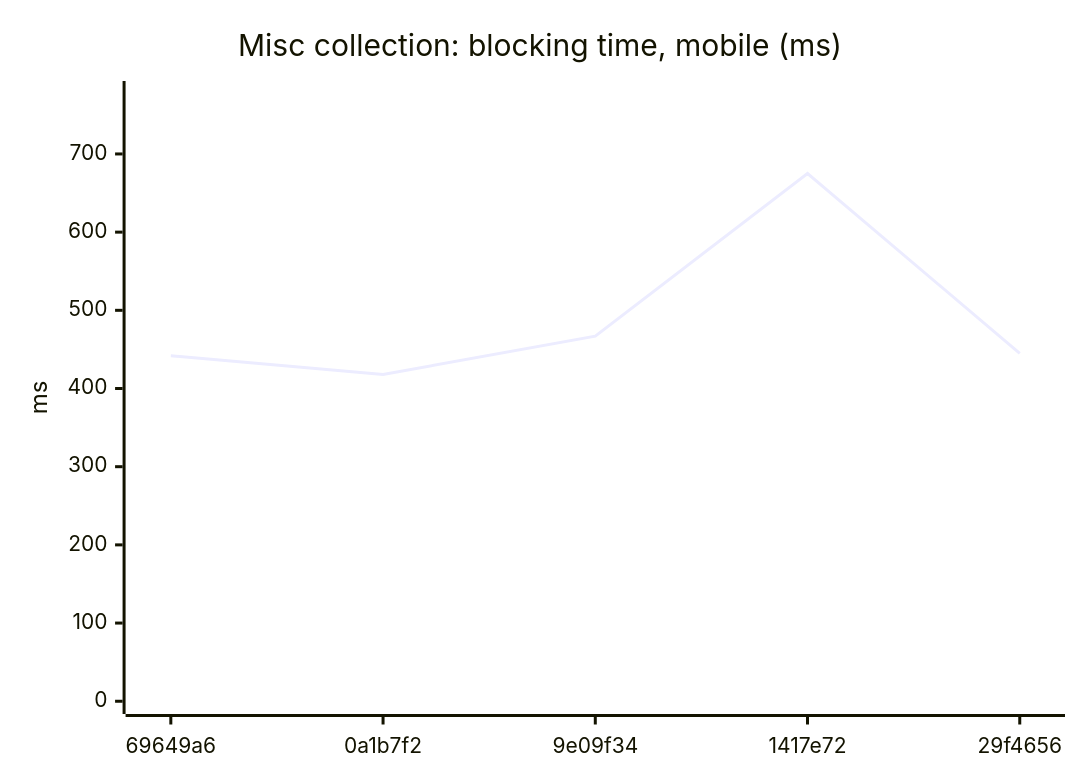
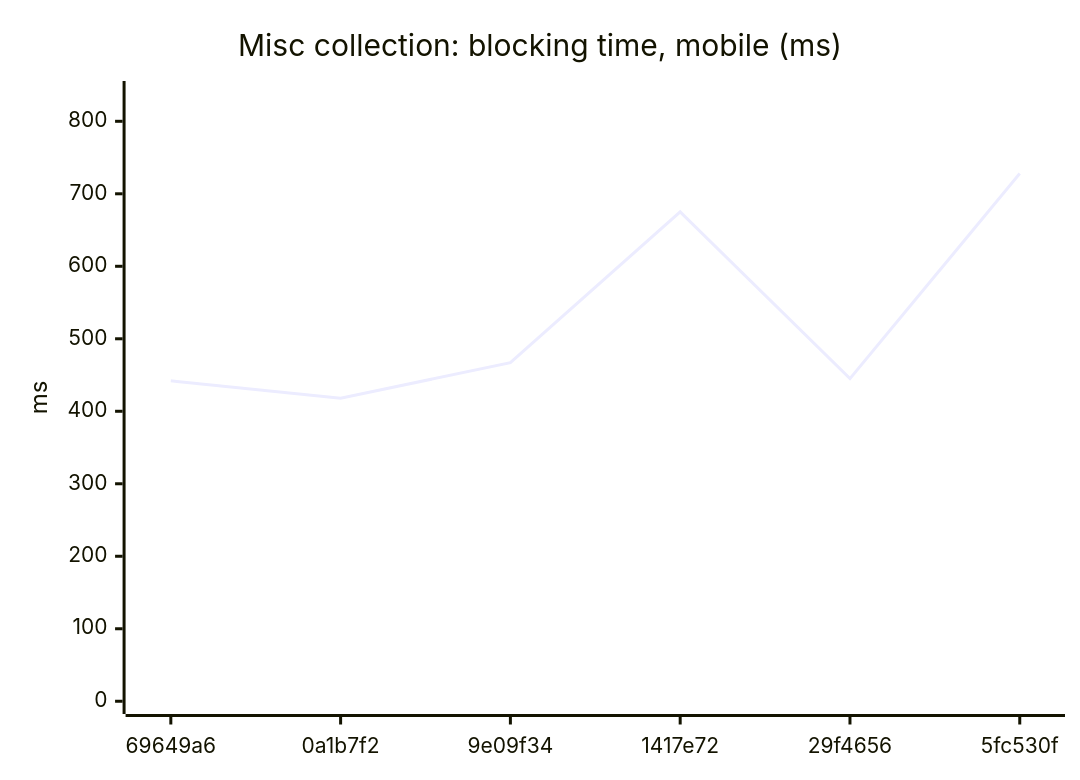
Before and after one commit to AxelUser/maltsev.space: the tenth of 18 diagrams in README.md, drawn with Mermaid. The commit also changed other lines of this file and 1 other file, not shown here.

````diff
--- a/README.md
+++ b/README.md
@@ -115,7 +115,7 @@
 ```mermaid
 xychart-beta
   title "Misc collection: blocking time, mobile (ms)"
-  x-axis ["69649a6", "0a1b7f2", "9e09f34", "1417e72", "29f4656"]
-  y-axis "ms" 0 --> 777
-  line [442, 418, 467, 675, 445]
+  x-axis ["69649a6", "0a1b7f2", "9e09f34", "1417e72", "29f4656", "5fc530f"]
+  y-axis "ms" 0 --> 838
+  line [442, 418, 467, 675, 445, 728]
 ```
````
